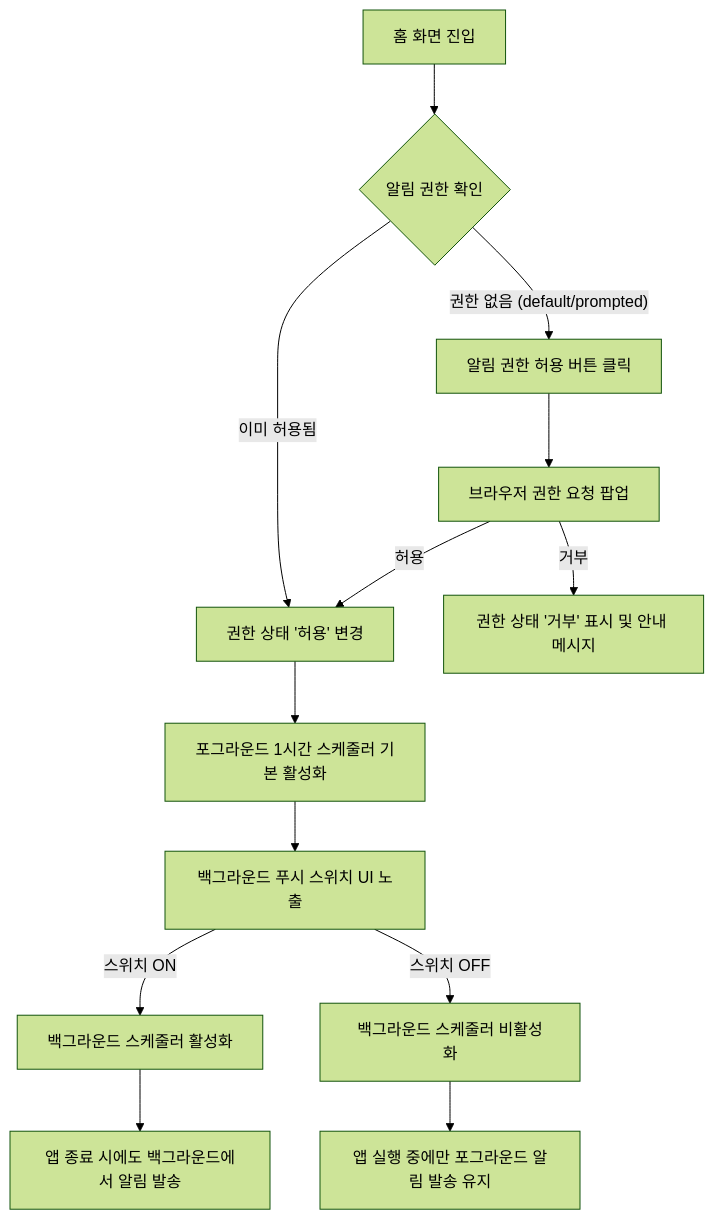
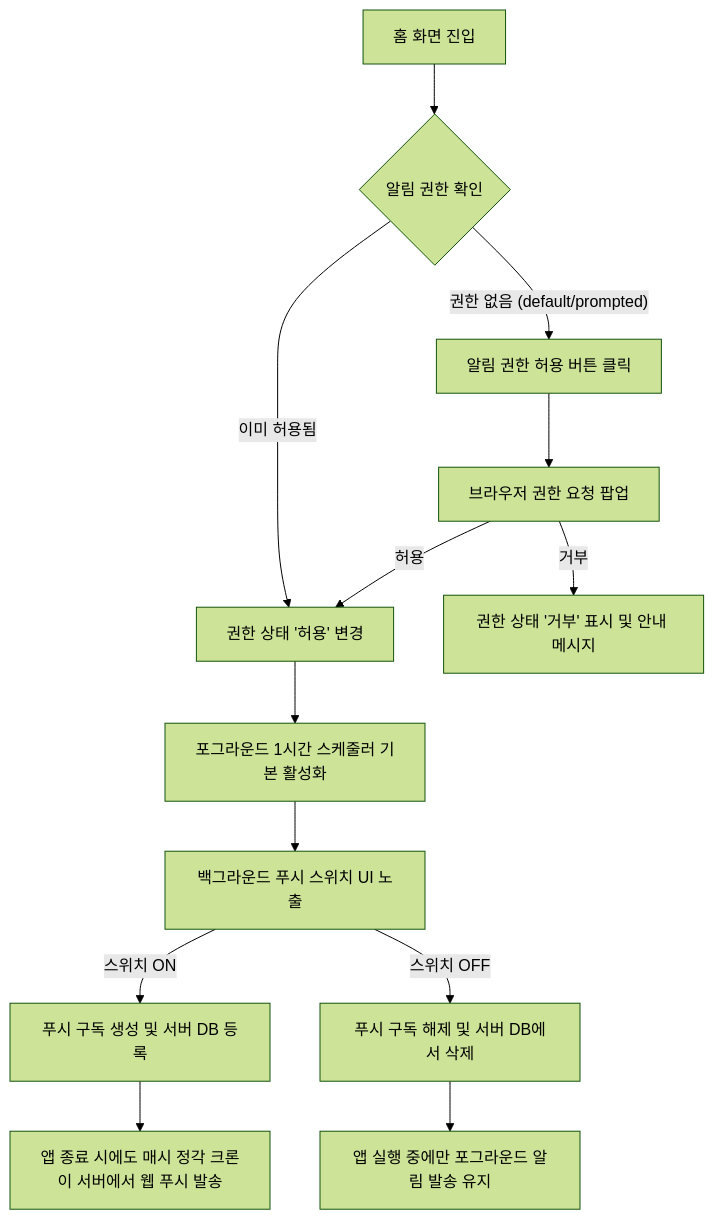
One commit to mann-lab-apps/dimmer-switch changed the first of 2 diagrams in docs/user-flow/push_notification_flow.md. Above: the diagram before and after it, drawn with Mermaid (forest theme). The commit also changed other lines of this file and 11 other files, not shown here.

````diff
--- a/docs/user-flow/push_notification_flow.md
+++ b/docs/user-flow/push_notification_flow.md
@@ -17,15 +17,15 @@
 ```mermaid
 flowchart TD
     A[홈 화면 진입] --> B{알림 권한 확인}
     B -- 권한 없음 (default/prompted) --> C[알림 권한 허용 버튼 클릭]
     C --> D[브라우저 권한 요청 팝업]
     D -- 허용 --> E[권한 상태 '허용' 변경]
     D -- 거부 --> F[권한 상태 '거부' 표시 및 안내 메시지]
     B -- 이미 허용됨 --> E
     E --> K[포그라운드 1시간 스케줄러 기본 활성화]
     K --> I[백그라운드 푸시 스위치 UI 노출]
-    I -- 스위치 ON --> G[백그라운드 스케줄러 활성화]
-    I -- 스위치 OFF --> J[백그라운드 스케줄러 비활성화]
-    G --> H[앱 종료 시에도 백그라운드에서 알림 발송]
+    I -- 스위치 ON --> G[푸시 구독 생성 및 서버 DB 등록]
+    I -- 스위치 OFF --> J[푸시 구독 해제 및 서버 DB에서 삭제]
+    G --> H[앱 종료 시에도 매시 정각 크론이 서버에서 웹 푸시 발송]
     J --> L[앱 실행 중에만 포그라운드 알림 발송 유지]
 ```
````
